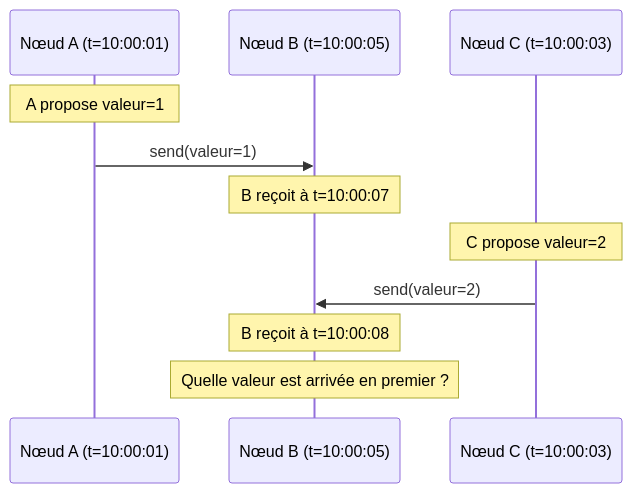
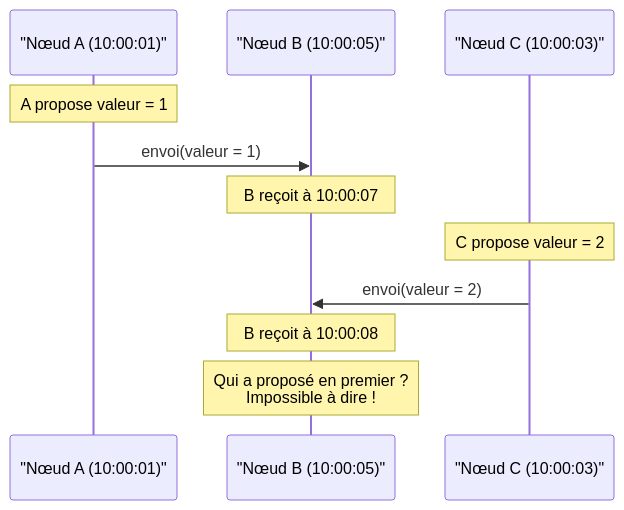
One commit to dardourimohamed/distributed-systems-course changed the third of 6 diagrams in src/consensus/11-what-is-consensus.md. Above: the diagram before and after it, drawn with Mermaid. The commit also changed other lines of this file and 48 other files, not shown here.

````diff
--- a/src/consensus/11-what-is-consensus.md
+++ b/src/consensus/11-what-is-consensus.md
@@ -134,16 +83,13 @@
 ```mermaid
 sequenceDiagram
-    participant A as Nœud A (t=10:00:01)
-    participant B as Nœud B (t=10:00:05)
-    participant C as Nœud C (t=10:00:03)
-
-    Note over A: A propose valeur=1
-    A->>B: send(valeur=1)
-    Note over B: B reçoit à t=10:00:07
-
-    Note over C: C propose valeur=2
-    C->>B: send(valeur=2)
-    Note over B: B reçoit à t=10:00:08
-
-    Note over B: Quelle valeur est arrivée en premier ?
+    participant A as "Nœud A (10:00:01)"
+    participant B as "Nœud B (10:00:05)"
+    participant C as "Nœud C (10:00:03)"
+    Note over A: A propose valeur = 1
+    A->>B: envoi(valeur = 1)
+    Note over B: B reçoit à 10:00:07
+    Note over C: C propose valeur = 2
+    C->>B: envoi(valeur = 2)
+    Note over B: B reçoit à 10:00:08
+    Note over B: Qui a proposé en premier ?<br/>Impossible à dire !
 ```
````
